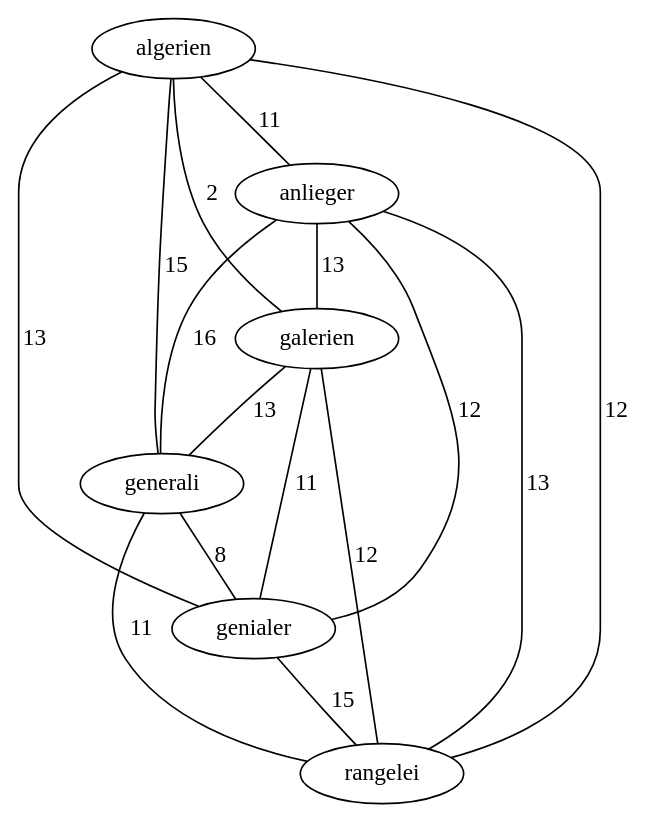
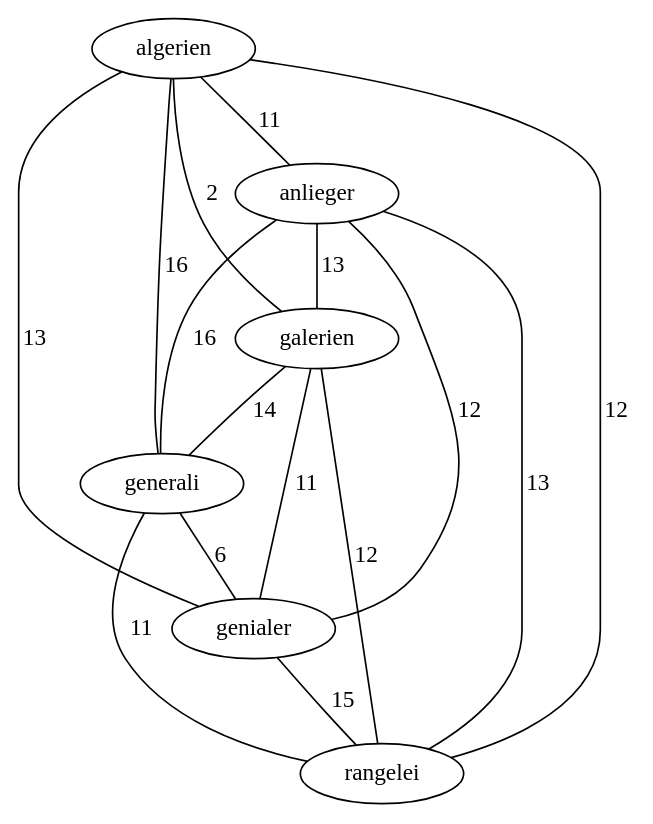
One commit to increpare/Galaktisches_Etymologieforschungsinstitut changed the diagram in output/dot/DE_algerien.dot. Above: the diagram before and after it, drawn with Graphviz. The commit also changed 47 other files, not shown here.

```diff
--- a/output/dot/DE_algerien.dot
+++ b/output/dot/DE_algerien.dot
@@ -1,17 +1,17 @@
 graph {
 	algerien -- anlieger [ label="11" ];
 	algerien -- galerien [ label="2" ];
-	algerien -- generali [ label="15" ];
+	algerien -- generali [ label="16" ];
 	algerien -- genialer [ label="13" ];
 	algerien -- rangelei [ label="12" ];
 	anlieger -- galerien [ label="13" ];
 	anlieger -- generali [ label="16" ];
 	anlieger -- genialer [ label="12" ];
 	anlieger -- rangelei [ label="13" ];
-	galerien -- generali [ label="13" ];
+	galerien -- generali [ label="14" ];
 	galerien -- genialer [ label="11" ];
 	galerien -- rangelei [ label="12" ];
-	generali -- genialer [ label="8" ];
+	generali -- genialer [ label="6" ];
 	generali -- rangelei [ label="11" ];
 	genialer -- rangelei [ label="15" ];
 }
```
